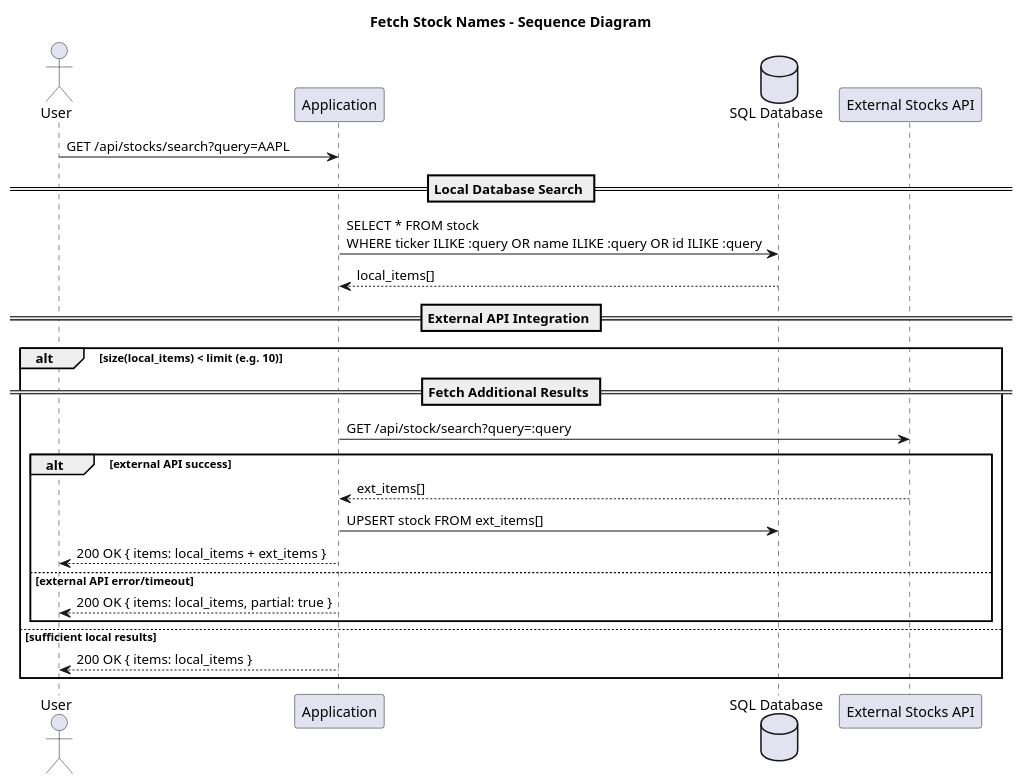
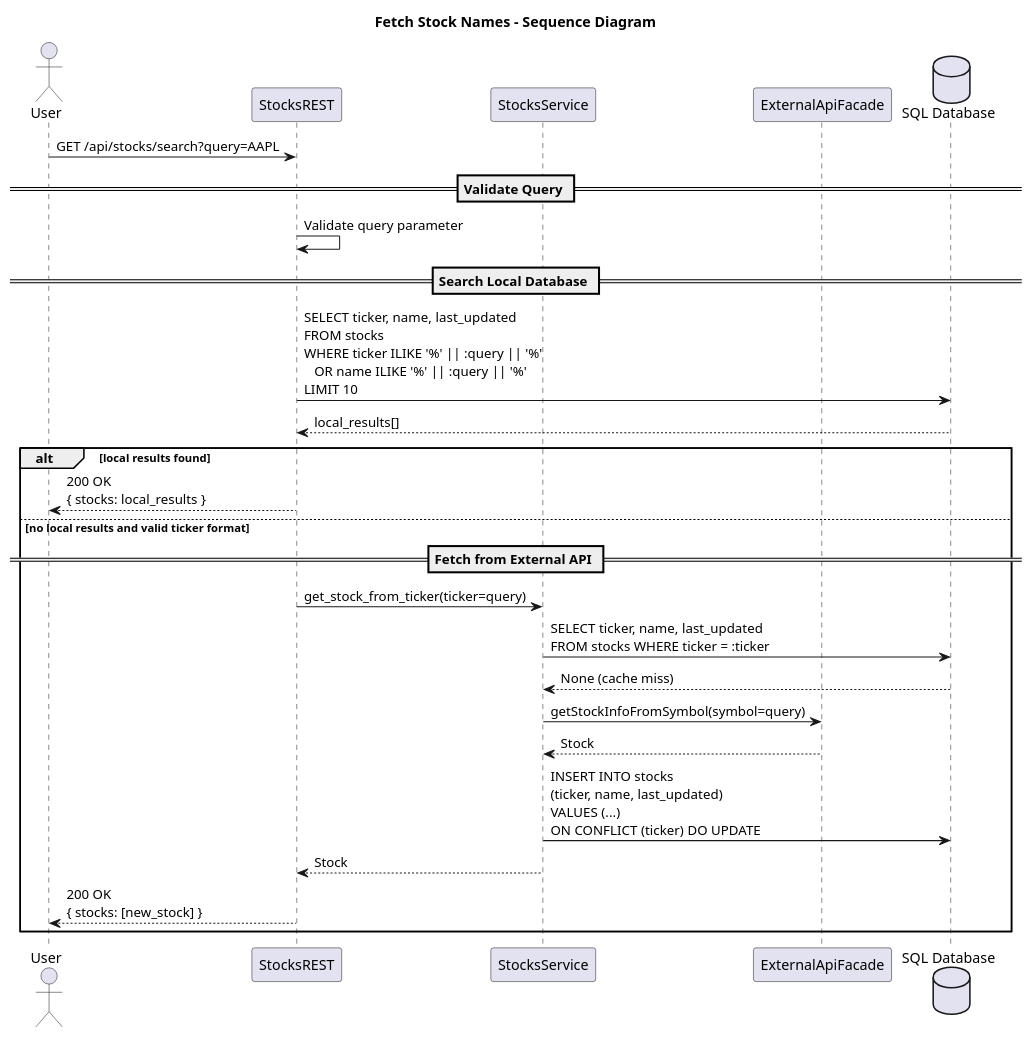
Before and after one commit to PhilippXXY/ticker-cal-tracker: the diagram in docs/uml/sequence_diagram_fetch_stock_names.puml, drawn with PlantUML. The commit also changed 16 other files, not shown here.

Commit message:
Update UML diagrams to reflect current codebase

```diff
--- a/docs/uml/sequence_diagram_fetch_stock_names.puml
+++ b/docs/uml/sequence_diagram_fetch_stock_names.puml
@@ -1,29 +1,39 @@
 @startuml sequence_diagram_fetch_stock_names
 title Fetch Stock Names - Sequence Diagram
 
 actor User
-participant "Application" as APP
+participant "StocksREST" as REST
+participant "StocksService" as SVC
+participant "ExternalApiFacade" as EXT
 database "SQL Database" as DB
-participant "External Stocks API" as EXT
 
-User -> APP: GET /api/stocks/search?query=AAPL
+User -> REST: GET /api/stocks/search?query=AAPL
 
-== Local Database Search ==
-APP -> DB: SELECT * FROM stock\nWHERE ticker ILIKE :query OR name ILIKE :query OR id ILIKE :query
-DB --> APP: local_items[]
 
-== External API Integration ==
-alt size(local_items) < limit (e.g. 10)
-    == Fetch Additional Results ==
-    APP -> EXT: GET /api/stock/search?query=:query
-    alt external API success
-        EXT --> APP: ext_items[]
-        APP -> DB: UPSERT stock FROM ext_items[]
-        APP --> User: 200 OK { items: local_items + ext_items }
-    else external API error/timeout
-        APP --> User: 200 OK { items: local_items, partial: true }
-    end
-else sufficient local results
-    APP --> User: 200 OK { items: local_items }
+== Validate Query ==
+REST -> REST: Validate query parameter
+
+== Search Local Database ==
+REST -> DB: SELECT ticker, name, last_updated\nFROM stocks\nWHERE ticker ILIKE '%' || :query || '%'\n   OR name ILIKE '%' || :query || '%'\nLIMIT 10
+
+DB --> REST: local_results[]
+
+alt local results found
+  REST --> User: 200 OK\n{ stocks: local_results }
+else no local results and valid ticker format
+  == Fetch from External API ==
+  REST -> SVC: get_stock_from_ticker(ticker=query)
+  
+  SVC -> DB: SELECT ticker, name, last_updated\nFROM stocks WHERE ticker = :ticker
+  DB --> SVC: None (cache miss)
+  
+  SVC -> EXT: getStockInfoFromSymbol(symbol=query)
+  EXT --> SVC: Stock
+  
+  SVC -> DB: INSERT INTO stocks\n(ticker, name, last_updated)\nVALUES (...)\nON CONFLICT (ticker) DO UPDATE
+  
+  SVC --> REST: Stock
+  REST --> User: 200 OK\n{ stocks: [new_stock] }
 end
+
 @enduml
```
